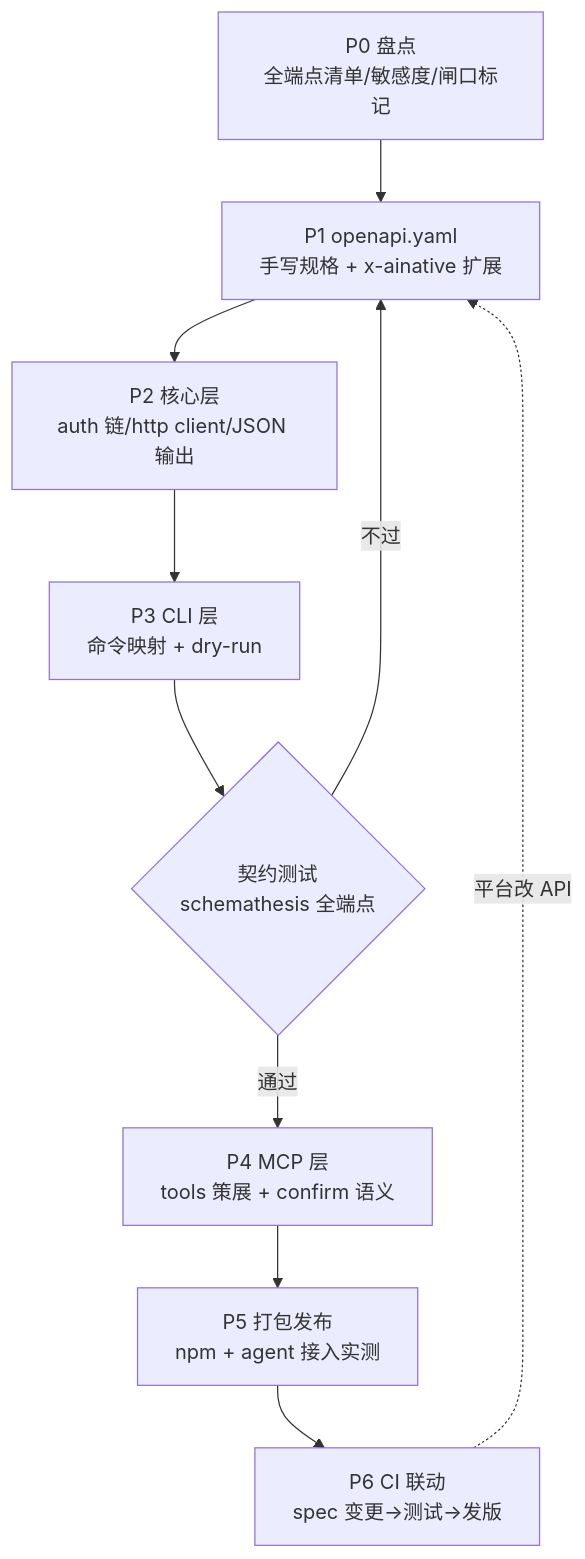
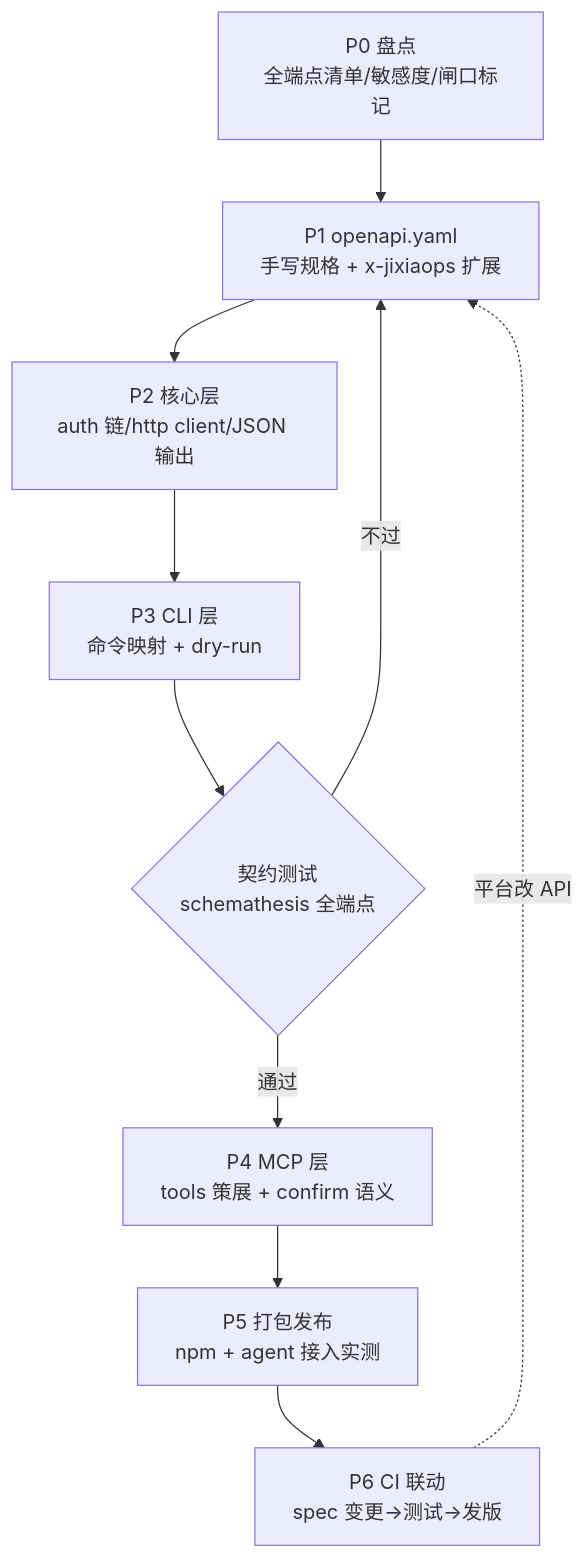
Before and after one commit to huaweicloud-mate/jixiaops-cli: the third of 9 diagrams in docs/agent-plugin-architecture.md, drawn with Mermaid. The commit also changed other lines of this file and 11 other files, not shown here.

First line of the commit message:
v0.5.0: 更名 ainative → jixiaops（包名/bin/配置目录/env，旧环境零迁移）

````diff
--- a/docs/agent-plugin-architecture.md
+++ b/docs/agent-plugin-architecture.md
@@ -200,12 +200,12 @@
 ```mermaid
 flowchart TD
-    P0[P0 盘点<br/>全端点清单/敏感度/闸口标记] --> P1[P1 openapi.yaml<br/>手写规格 + x-ainative 扩展]
+    P0[P0 盘点<br/>全端点清单/敏感度/闸口标记] --> P1[P1 openapi.yaml<br/>手写规格 + x-jixiaops 扩展]
     P1 --> P2[P2 核心层<br/>auth 链/http client/JSON 输出]
     P2 --> P3[P3 CLI 层<br/>命令映射 + dry-run]
     P3 --> CT{契约测试<br/>schemathesis 全端点}
     CT -->|不过| P1
     CT -->|通过| P4[P4 MCP 层<br/>tools 策展 + confirm 语义]
     P4 --> P5[P5 打包发布<br/>npm + agent 接入实测]
     P5 --> P6[P6 CI 联动<br/>spec 变更→测试→发版]
     P6 -.平台改 API.-> P1
 ```
````
